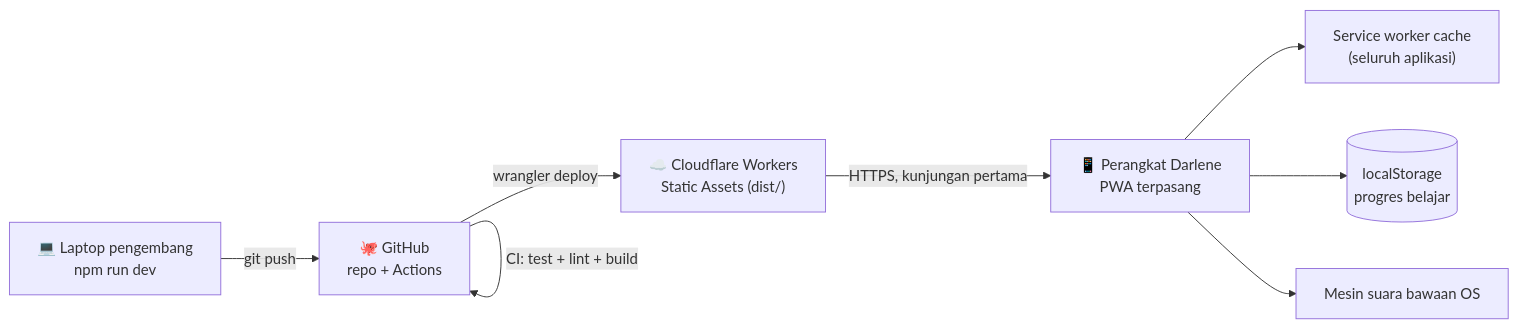
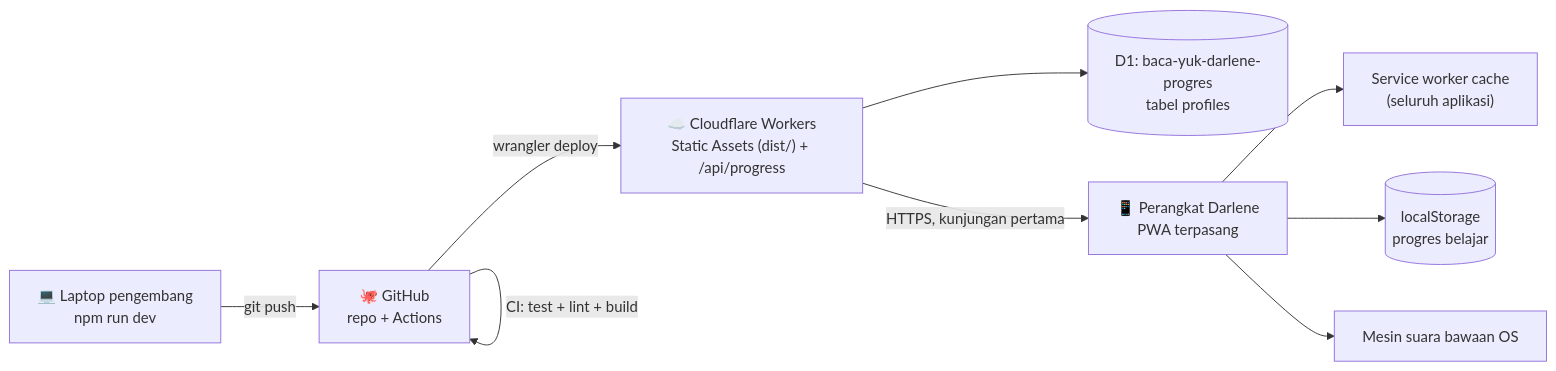
One commit to andwowor/Latihan-Membaca-Darlene changed the diagram in docs/architecture/02-views/deployment.md. Above: the diagram before and after it, drawn with Mermaid. The commit also changed other lines of this file and 34 other files, not shown here.

````diff
--- a/docs/architecture/02-views/deployment.md
+++ b/docs/architecture/02-views/deployment.md
@@ -8,13 +8,14 @@
 ```mermaid
 flowchart LR
   Dev["💻 Laptop pengembang<br/>npm run dev"] -->|git push| GH
   GH["🐙 GitHub<br/>repo + Actions"]
   GH -->|CI: test + lint + build| GH
   GH -->|wrangler deploy| CF
-  CF["☁️ Cloudflare Workers<br/>Static Assets (dist/)"]
+  CF["☁️ Cloudflare Workers<br/>Static Assets (dist/) + /api/progress"]
+  CF --> D1[("D1: baca-yuk-darlene-progres<br/>tabel profiles")]
   CF -->|HTTPS, kunjungan pertama| Device
   Device["📱 Perangkat Darlene<br/>PWA terpasang"]
   Device --> SW["Service worker cache<br/>(seluruh aplikasi)"]
   Device --> LS[("localStorage<br/>progres belajar")]
   Device --> TTS["Mesin suara bawaan OS"]
 ```
````
